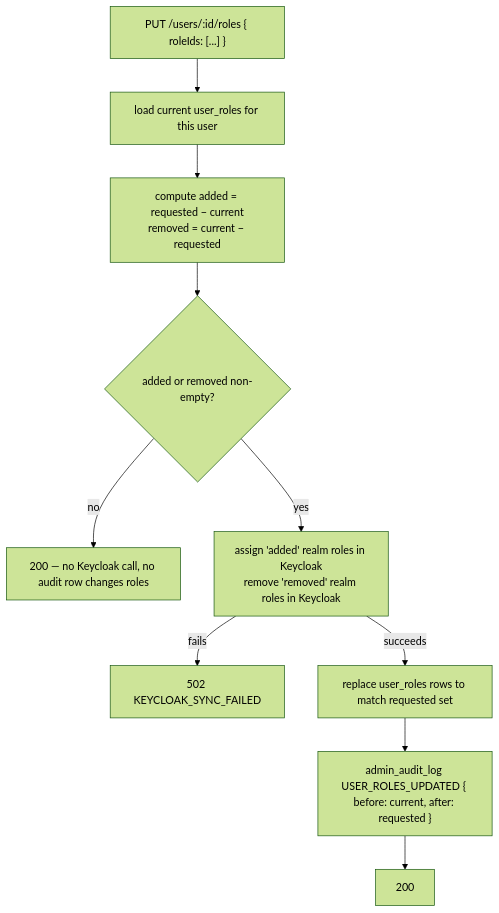
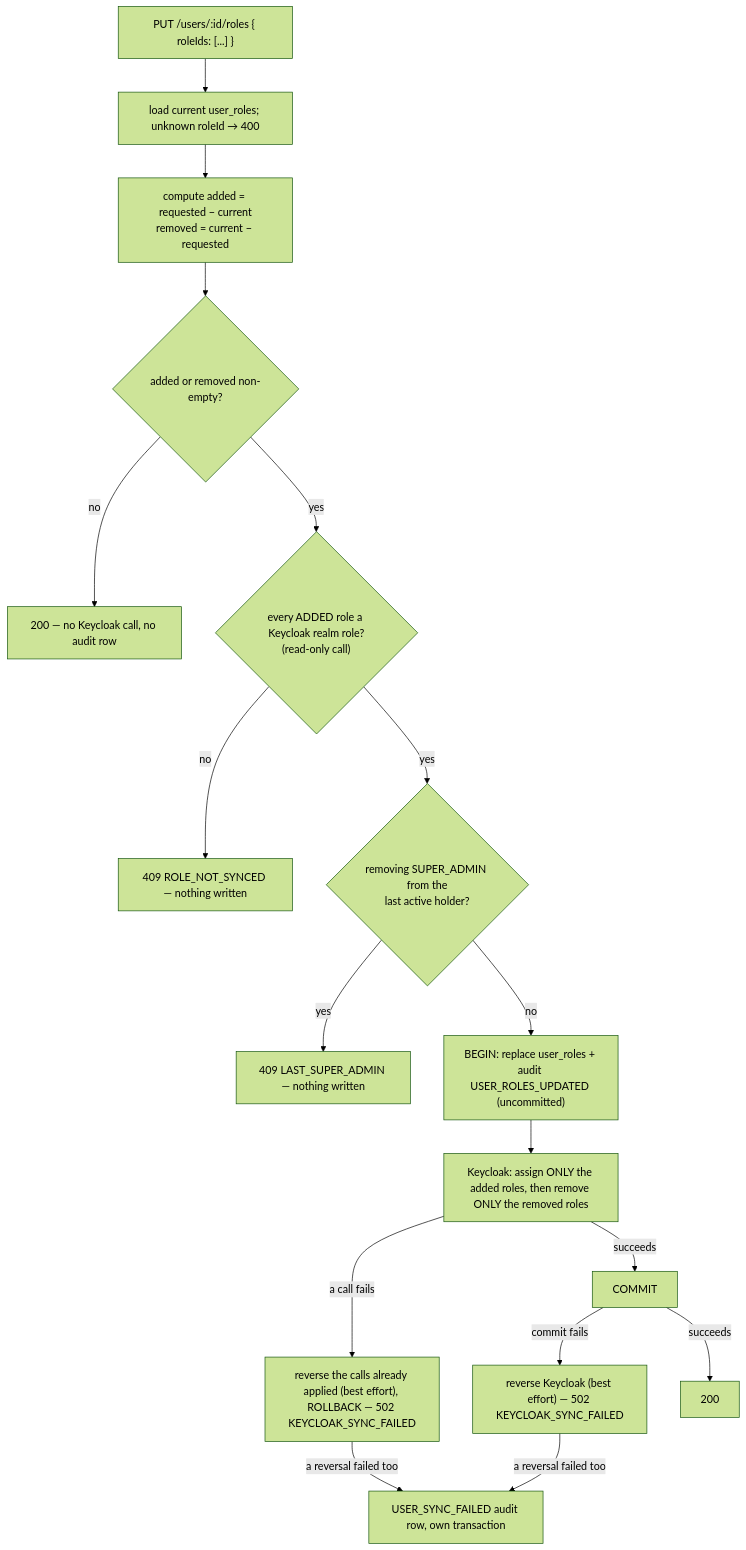
One commit to rahularakeri1/cce-admin-service changed the second of 5 diagrams in docs/flow-diagrams.md. Above: the diagram before and after it, drawn with Mermaid (forest theme). The commit also changed other lines of this file and 21 other files, not shown here.

````diff
--- a/docs/flow-diagrams.md
+++ b/docs/flow-diagrams.md
@@ -83,12 +85,19 @@
 ```mermaid
 flowchart TD
-    A["PUT /users/:id/roles { roleIds: [...] }"] --> B["load current user_roles for this user"]
+    A["PUT /users/:id/roles { roleIds: [...] }"] --> B["load current user_roles; unknown roleId → 400"]
     B --> C["compute added = requested − current<br/>removed = current − requested"]
     C --> D{"added or removed non-empty?"}
-    D -->|no| E["200 — no Keycloak call, no audit row changes roles"]
-    D -->|yes| F["assign 'added' realm roles in Keycloak<br/>remove 'removed' realm roles in Keycloak"]
-    F -->|fails| G["502 KEYCLOAK_SYNC_FAILED"]
-    F -->|succeeds| H["replace user_roles rows to match requested set"]
-    H --> I["admin_audit_log USER_ROLES_UPDATED { before: current, after: requested }"]
-    I --> J["200"]
+    D -->|no| E["200 — no Keycloak call, no audit row"]
+    D -->|yes| F{"every ADDED role a Keycloak realm role?<br/>(read-only call)"}
+    F -->|no| F2["409 ROLE_NOT_SYNCED — nothing written"]
+    F -->|yes| F3{"removing SUPER_ADMIN from the<br/>last active holder?"}
+    F3 -->|yes| F4["409 LAST_SUPER_ADMIN — nothing written"]
+    F3 -->|no| G["BEGIN: replace user_roles + audit USER_ROLES_UPDATED (uncommitted)"]
+    G --> H["Keycloak: assign ONLY the added roles, then remove ONLY the removed roles"]
+    H -->|a call fails| I["reverse the calls already applied (best effort), ROLLBACK — 502 KEYCLOAK_SYNC_FAILED"]
+    H -->|succeeds| J["COMMIT"]
+    J -->|commit fails| K["reverse Keycloak (best effort) — 502 KEYCLOAK_SYNC_FAILED"]
+    J -->|succeeds| L["200"]
+    I -->|a reversal failed too| M["USER_SYNC_FAILED audit row, own transaction"]
+    K -->|a reversal failed too| M
 ```
````
